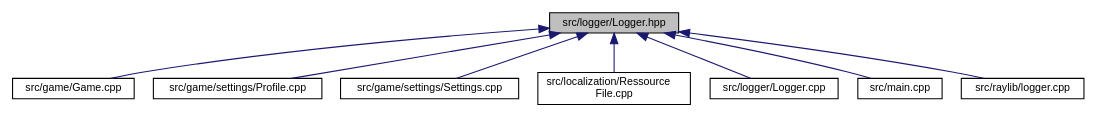
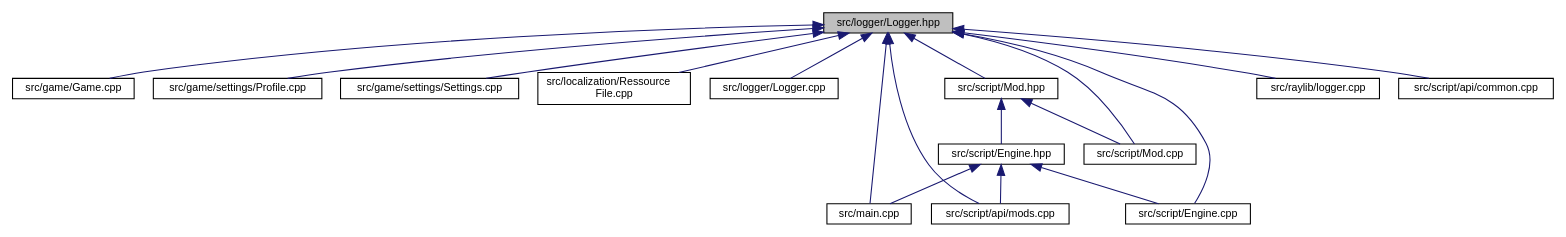
One commit to MisterPeModder/Bomberman-Global-Offensive changed the diagram in _logger_8hpp__dep__incl.dot. Above: the diagram before and after it, drawn with Graphviz. The commit also changed 426 other files, not shown here.

```diff
--- a/_logger_8hpp__dep__incl.dot
+++ b/_logger_8hpp__dep__incl.dot
@@ -1,21 +1,37 @@
 digraph "src/logger/Logger.hpp"
 {
  // LATEX_PDF_SIZE
   edge [fontname="Helvetica",fontsize="10",labelfontname="Helvetica",labelfontsize="10"];
   node [fontname="Helvetica",fontsize="10",shape=record];
   Node1 [label="src/logger/Logger.hpp",height=0.2,width=0.4,color="black", fillcolor="grey75", style="filled", fontcolor="black",tooltip=" "];
   Node1 -> Node2 [dir="back",color="midnightblue",fontsize="10",style="solid",fontname="Helvetica"];
   Node2 [label="src/game/Game.cpp",height=0.2,width=0.4,color="black", fillcolor="white", style="filled",URL="$_game_8cpp.html",tooltip=" "];
   Node1 -> Node3 [dir="back",color="midnightblue",fontsize="10",style="solid",fontname="Helvetica"];
   Node3 [label="src/game/settings/Profile.cpp",height=0.2,width=0.4,color="black", fillcolor="white", style="filled",URL="$_profile_8cpp.html",tooltip=" "];
   Node1 -> Node4 [dir="back",color="midnightblue",fontsize="10",style="solid",fontname="Helvetica"];
   Node4 [label="src/game/settings/Settings.cpp",height=0.2,width=0.4,color="black", fillcolor="white", style="filled",URL="$_settings_8cpp.html",tooltip=" "];
   Node1 -> Node5 [dir="back",color="midnightblue",fontsize="10",style="solid",fontname="Helvetica"];
   Node5 [label="src/localization/Ressource\lFile.cpp",height=0.2,width=0.4,color="black", fillcolor="white", style="filled",URL="$_ressource_file_8cpp.html",tooltip=" "];
   Node1 -> Node6 [dir="back",color="midnightblue",fontsize="10",style="solid",fontname="Helvetica"];
   Node6 [label="src/logger/Logger.cpp",height=0.2,width=0.4,color="black", fillcolor="white", style="filled",URL="$logger_2_logger_8cpp.html",tooltip=" "];
   Node1 -> Node7 [dir="back",color="midnightblue",fontsize="10",style="solid",fontname="Helvetica"];
   Node7 [label="src/main.cpp",height=0.2,width=0.4,color="black", fillcolor="white", style="filled",URL="$main_8cpp.html",tooltip=" "];
   Node1 -> Node8 [dir="back",color="midnightblue",fontsize="10",style="solid",fontname="Helvetica"];
   Node8 [label="src/raylib/logger.cpp",height=0.2,width=0.4,color="black", fillcolor="white", style="filled",URL="$raylib_2_logger_8cpp.html",tooltip=" "];
+  Node1 -> Node9 [dir="back",color="midnightblue",fontsize="10",style="solid",fontname="Helvetica"];
+  Node9 [label="src/script/api/common.cpp",height=0.2,width=0.4,color="black", fillcolor="white", style="filled",URL="$common_8cpp.html",tooltip=" "];
+  Node1 -> Node10 [dir="back",color="midnightblue",fontsize="10",style="solid",fontname="Helvetica"];
+  Node10 [label="src/script/api/mods.cpp",height=0.2,width=0.4,color="black", fillcolor="white", style="filled",URL="$mods_8cpp.html",tooltip=" "];
+  Node1 -> Node11 [dir="back",color="midnightblue",fontsize="10",style="solid",fontname="Helvetica"];
+  Node11 [label="src/script/Engine.cpp",height=0.2,width=0.4,color="black", fillcolor="white", style="filled",URL="$_engine_8cpp.html",tooltip=" "];
+  Node1 -> Node12 [dir="back",color="midnightblue",fontsize="10",style="solid",fontname="Helvetica"];
+  Node12 [label="src/script/Mod.cpp",height=0.2,width=0.4,color="black", fillcolor="white", style="filled",URL="$_mod_8cpp.html",tooltip=" "];
+  Node1 -> Node13 [dir="back",color="midnightblue",fontsize="10",style="solid",fontname="Helvetica"];
+  Node13 [label="src/script/Mod.hpp",height=0.2,width=0.4,color="black", fillcolor="white", style="filled",URL="$_mod_8hpp.html",tooltip=" "];
+  Node13 -> Node14 [dir="back",color="midnightblue",fontsize="10",style="solid",fontname="Helvetica"];
+  Node14 [label="src/script/Engine.hpp",height=0.2,width=0.4,color="black", fillcolor="white", style="filled",URL="$_engine_8hpp.html",tooltip=" "];
+  Node14 -> Node7 [dir="back",color="midnightblue",fontsize="10",style="solid",fontname="Helvetica"];
+  Node14 -> Node10 [dir="back",color="midnightblue",fontsize="10",style="solid",fontname="Helvetica"];
+  Node14 -> Node11 [dir="back",color="midnightblue",fontsize="10",style="solid",fontname="Helvetica"];
+  Node13 -> Node12 [dir="back",color="midnightblue",fontsize="10",style="solid",fontname="Helvetica"];
 }
```
